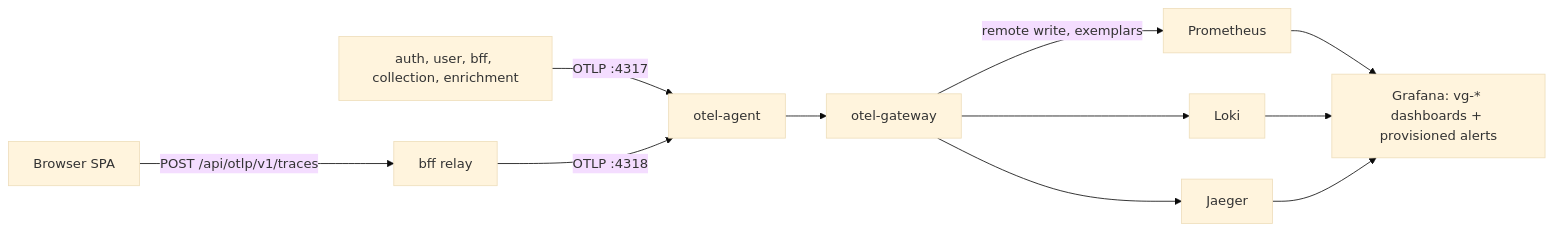
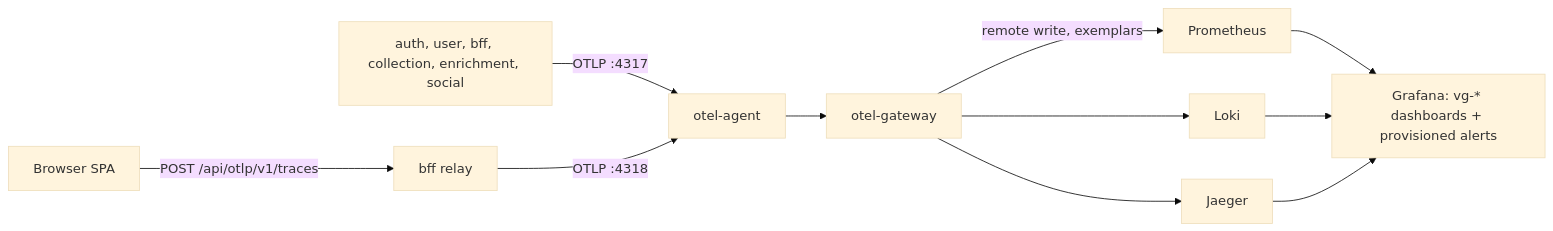
Before and after one commit to levonn-dev/vg-collect: the second of 2 diagrams in docs/runbooks/stack.md, drawn with Mermaid (base theme). The commit also changed other lines of this file and 10 other files, not shown here.

Commit message:
feat(observability): social dashboard, availability alert, runbook, stack docs, arch diagram

````diff
--- a/docs/runbooks/stack.md
+++ b/docs/runbooks/stack.md
@@ -62,13 +68,13 @@
 ```mermaid
 graph LR
-    svcs["auth, user, bff, collection, enrichment"] -->|"OTLP :4317"| agent[otel-agent]
+    svcs["auth, user, bff, collection, enrichment, social"] -->|"OTLP :4317"| agent[otel-agent]
     browser[Browser SPA] -->|"POST /api/otlp/v1/traces"| relay[bff relay]
     relay -->|"OTLP :4318"| agent
     agent --> gateway[otel-gateway]
     gateway -->|"remote write, exemplars"| prometheus[Prometheus]
     gateway --> loki[Loki]
     gateway --> jaeger[Jaeger]
     prometheus --> grafana["Grafana: vg-* dashboards + provisioned alerts"]
     loki --> grafana
     jaeger --> grafana
 ```
````
